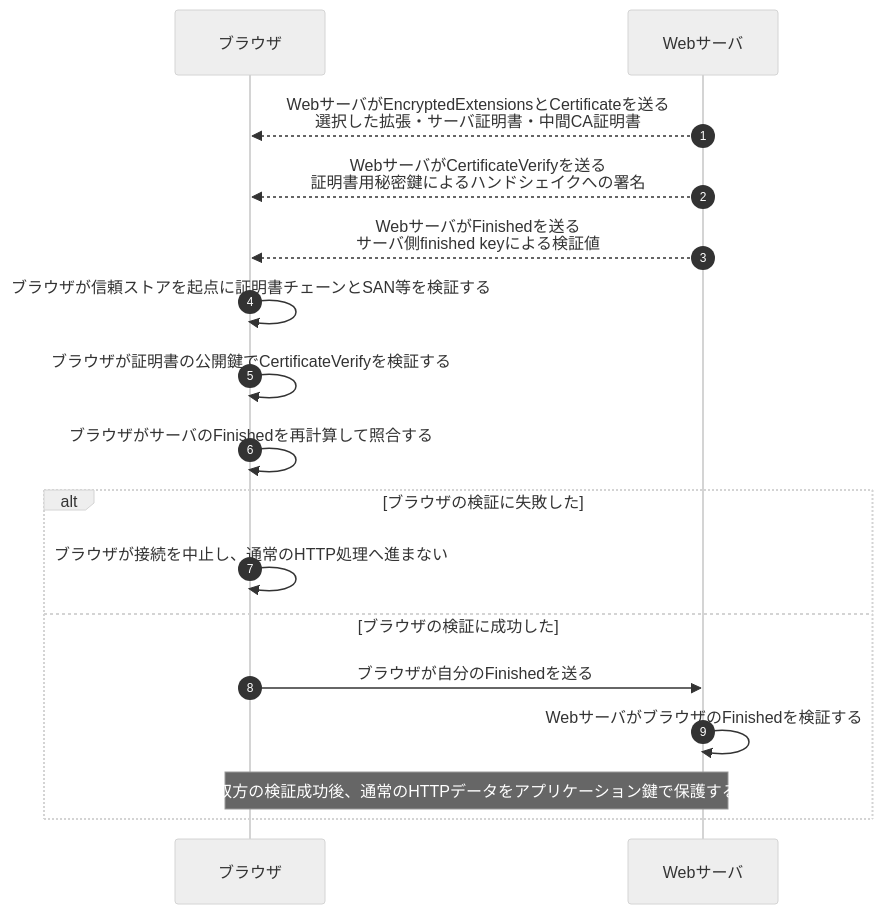
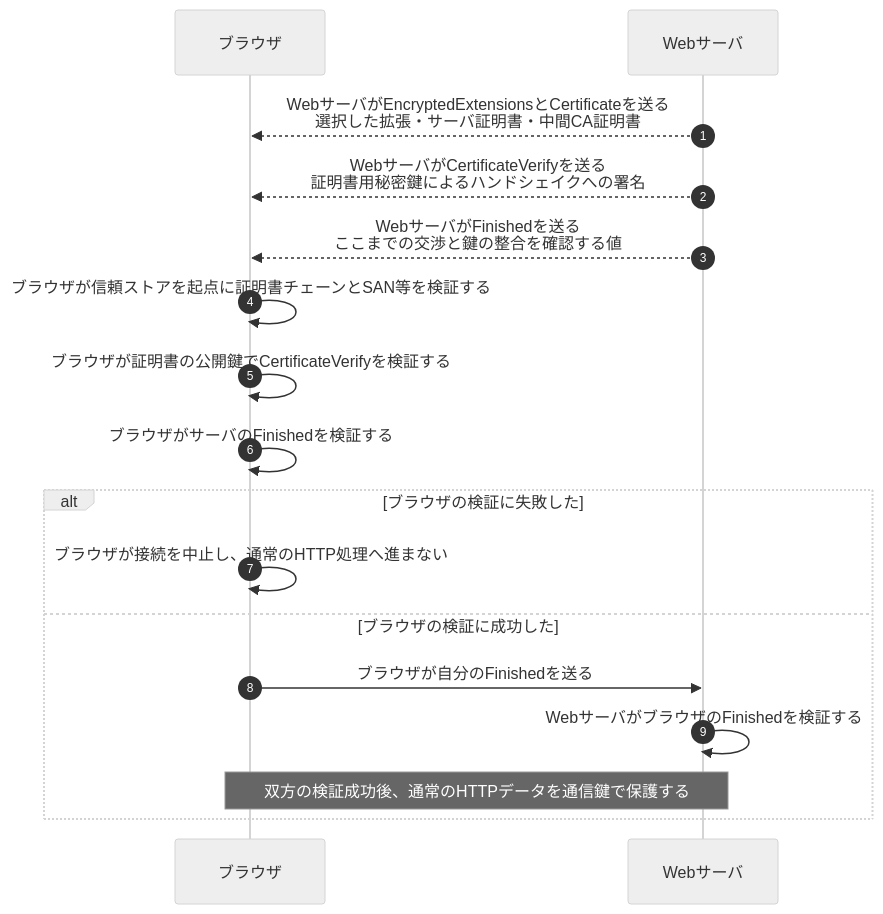
The second of 2 diagrams in 復習用/流れ図/TLS1.3ハンドシェイク.md (ryusuke2003/security-specialist-study), drawn with Mermaid (neutral theme) before and after one commit. The commit also changed other lines of this file, not shown here.

Commit message:
TLS流れ図から鍵スケジュールの過剰な詳細を整理

````diff
--- a/復習用/流れ図/TLS1.3ハンドシェイク.md
+++ b/復習用/流れ図/TLS1.3ハンドシェイク.md
@@ -60,20 +60,20 @@
 ```mermaid
 sequenceDiagram
     autonumber
     participant B as ブラウザ
     participant S as Webサーバ
 
     S-->>B: WebサーバがEncryptedExtensionsとCertificateを送る<br/>選択した拡張・サーバ証明書・中間CA証明書
     S-->>B: WebサーバがCertificateVerifyを送る<br/>証明書用秘密鍵によるハンドシェイクへの署名
-    S-->>B: WebサーバがFinishedを送る<br/>サーバ側finished keyによる検証値
+    S-->>B: WebサーバがFinishedを送る<br/>ここまでの交渉と鍵の整合を確認する値
     B->>B: ブラウザが信頼ストアを起点に証明書チェーンとSAN等を検証する
     B->>B: ブラウザが証明書の公開鍵でCertificateVerifyを検証する
-    B->>B: ブラウザがサーバのFinishedを再計算して照合する
+    B->>B: ブラウザがサーバのFinishedを検証する
     alt ブラウザの検証に失敗した
         B->>B: ブラウザが接続を中止し、通常のHTTP処理へ進まない
     else ブラウザの検証に成功した
         B->>S: ブラウザが自分のFinishedを送る
         S->>S: WebサーバがブラウザのFinishedを検証する
-        Note over B,S: 双方の検証成功後、通常のHTTPデータをアプリケーション鍵で保護する
+        Note over B,S: 双方の検証成功後、通常のHTTPデータを通信鍵で保護する
     end
 ```
````
